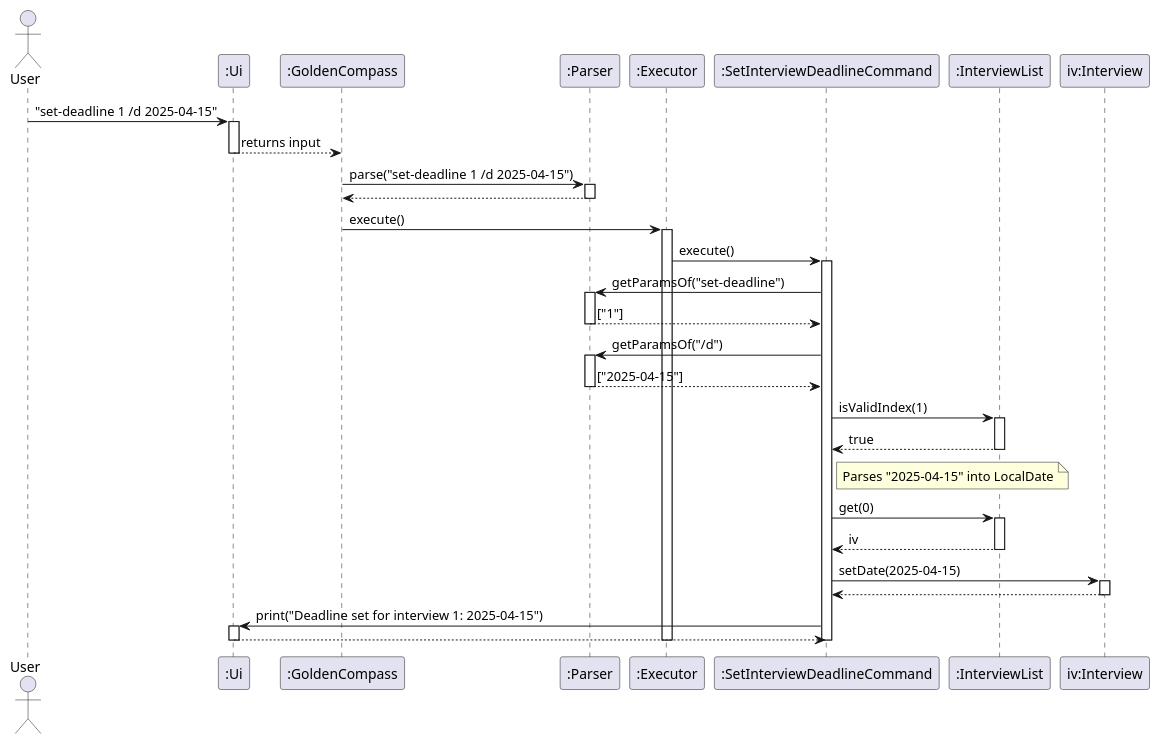
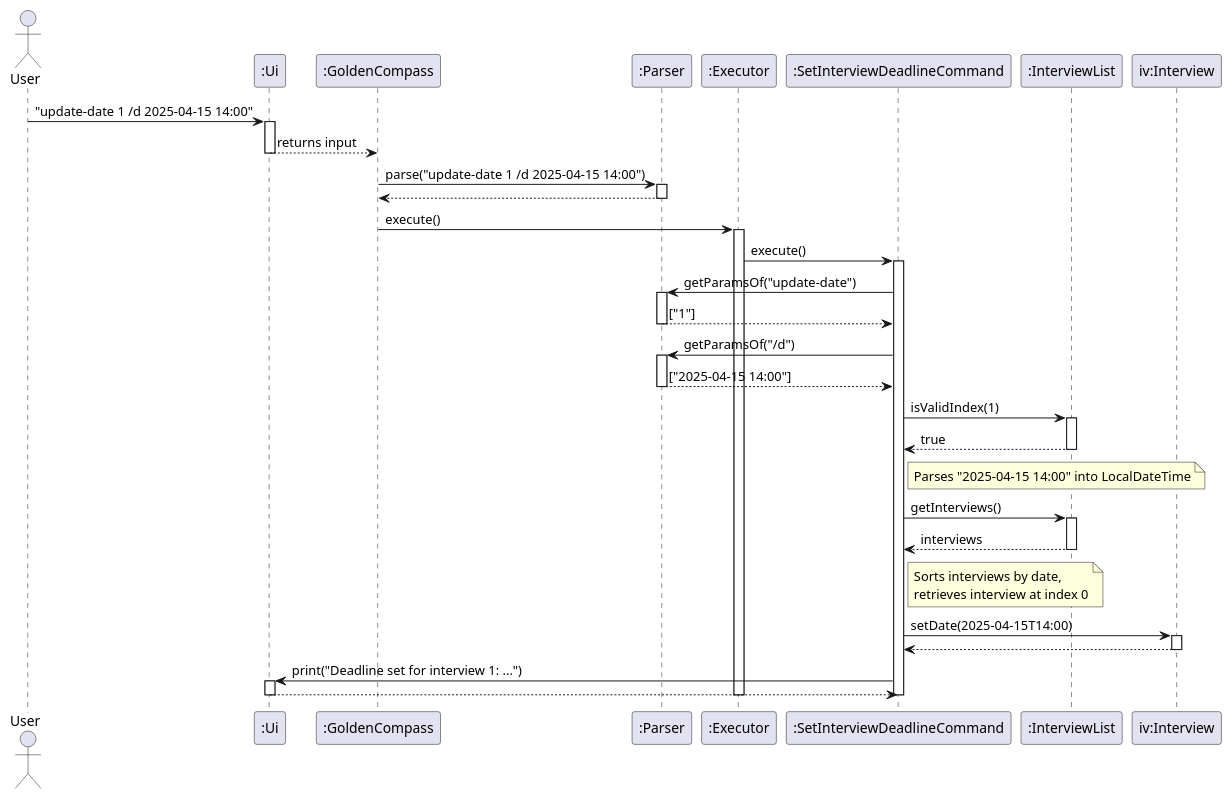
The diagram in docs/diagrams/SetDeadlineSequenceDiagram.puml (AY2526S2-CS2113-W10-4/tp), drawn with PlantUML before and after one commit. The commit also changed 4 other files, not shown here.

Commit message:
Update Developer Guide for add-interview, update-date, search-interview, and clear-rejected

```diff
--- a/docs/diagrams/SetDeadlineSequenceDiagram.puml
+++ b/docs/diagrams/SetDeadlineSequenceDiagram.puml
@@ -1,60 +1,62 @@
 @startuml
 actor User
 participant ":Ui" as Ui
 participant ":GoldenCompass" as GC
 participant ":Parser" as Parser
 participant ":Executor" as Executor
 participant ":SetInterviewDeadlineCommand" as SDC
 participant ":InterviewList" as IVL
 participant "iv:Interview" as IV
 
-User -> Ui : "set-deadline 1 /d 2025-04-15"
+User -> Ui : "update-date 1 /d 2025-04-15 14:00"
 activate Ui
 Ui --> GC : returns input
 deactivate Ui
 
-GC -> Parser : parse("set-deadline 1 /d 2025-04-15")
+GC -> Parser : parse("update-date 1 /d 2025-04-15 14:00")
 activate Parser
 Parser --> GC
 deactivate Parser
 
 GC -> Executor : execute()
 activate Executor
 Executor -> SDC : execute()
 activate SDC
 
-SDC -> Parser : getParamsOf("set-deadline")
+SDC -> Parser : getParamsOf("update-date")
 activate Parser
 Parser --> SDC : ["1"]
 deactivate Parser
 
 SDC -> Parser : getParamsOf("/d")
 activate Parser
-Parser --> SDC : ["2025-04-15"]
+Parser --> SDC : ["2025-04-15 14:00"]
 deactivate Parser
 
 SDC -> IVL : isValidIndex(1)
 activate IVL
 IVL --> SDC : true
 deactivate IVL
 
-note right of SDC : Parses "2025-04-15" into LocalDate
+note right of SDC : Parses "2025-04-15 14:00" into LocalDateTime
 
-SDC -> IVL : get(0)
+SDC -> IVL : getInterviews()
 activate IVL
-IVL --> SDC : iv
+IVL --> SDC : interviews
 deactivate IVL
 
-SDC -> IV : setDate(2025-04-15)
+note right of SDC : Sorts interviews by date,\nretrieves interview at index 0
+
+SDC -> IV : setDate(2025-04-15T14:00)
 activate IV
 IV --> SDC
 deactivate IV
 
-SDC -> Ui : print("Deadline set for interview 1: 2025-04-15")
+SDC -> Ui : print("Deadline set for interview 1: ...")
 activate Ui
 Ui --> SDC
 deactivate Ui
 
 deactivate SDC
 deactivate Executor
 @enduml
```
